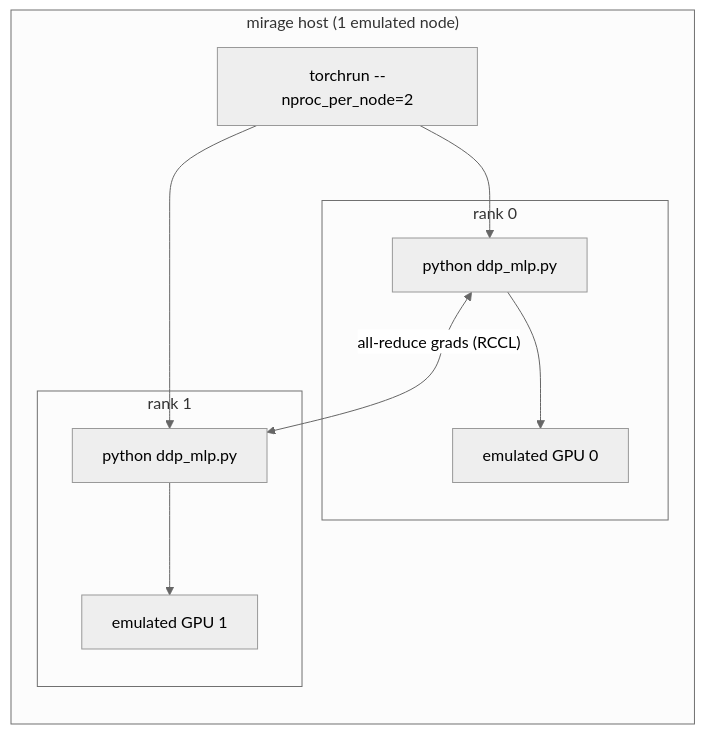
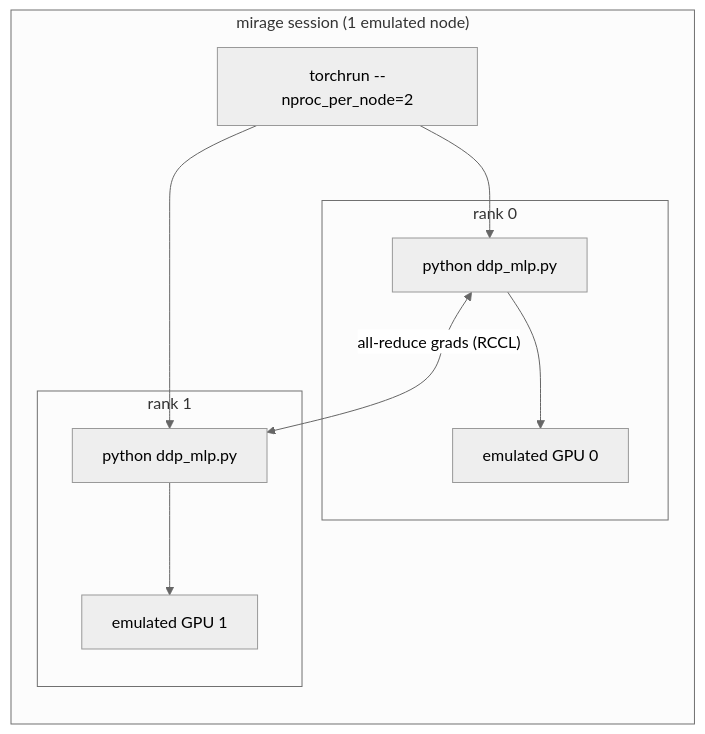
Before and after one commit to ROCm/rocm-systems: the diagram in emulation/mirage/docs/ddp-training.md, drawn with Mermaid (neutral theme). The commit also changed 7 other files, not shown here.

````diff
--- a/emulation/mirage/docs/ddp-training.md
+++ b/emulation/mirage/docs/ddp-training.md
@@ -47,15 +47,15 @@
 ```mermaid
 flowchart LR
-  subgraph host["mirage host (1 emulated node)"]
+  subgraph host["mirage session (1 emulated node)"]
     tr["torchrun --nproc_per_node=2"]
     subgraph r0["rank 0"]
       p0["python ddp_mlp.py"] --> g0["emulated GPU 0"]
     end
     subgraph r1["rank 1"]
       p1["python ddp_mlp.py"] --> g1["emulated GPU 1"]
     end
     tr --> p0
     tr --> p1
     p0 <-- "all-reduce grads (RCCL)" --> p1
   end
 ```
````
